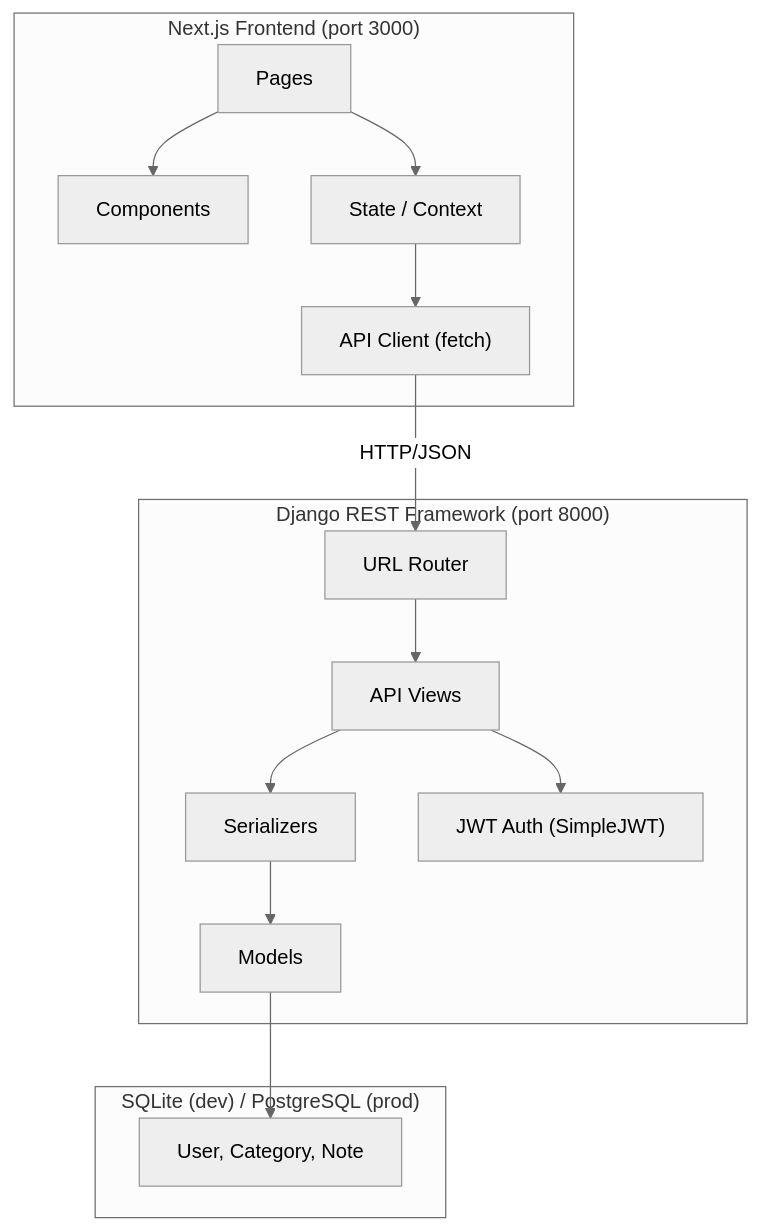
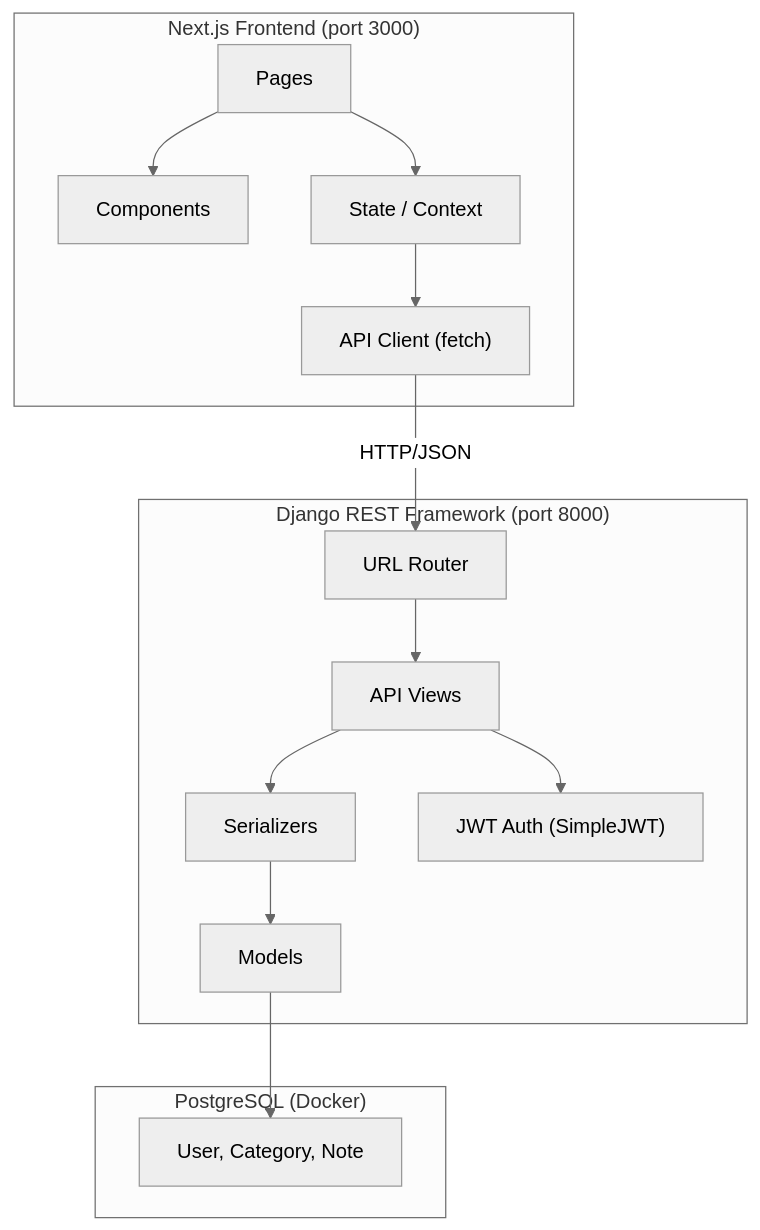
One commit to anthony12031/note-taking-app changed the first of 2 diagrams in docs/specs/note-taking-app.md. Above: the diagram before and after it, drawn with Mermaid (neutral theme). The commit also changed other lines of this file, not shown here.

````diff
--- a/docs/specs/note-taking-app.md
+++ b/docs/specs/note-taking-app.md
@@ -77,31 +77,31 @@
 ```mermaid
 flowchart TB
     subgraph Frontend["Next.js Frontend (port 3000)"]
         Pages["Pages"]
         Components["Components"]
         Store["State / Context"]
         API_Client["API Client (fetch)"]
         Pages --> Components
         Pages --> Store
         Store --> API_Client
     end
 
     subgraph Backend["Django REST Framework (port 8000)"]
         URLs["URL Router"]
         Views["API Views"]
         Serializers["Serializers"]
         Models["Models"]
         Auth["JWT Auth (SimpleJWT)"]
         URLs --> Views
         Views --> Serializers
         Views --> Auth
         Serializers --> Models
     end
 
-    subgraph DB["SQLite (dev) / PostgreSQL (prod)"]
+    subgraph DB["PostgreSQL (Docker)"]
         Tables["User, Category, Note"]
     end
 
     API_Client -- "HTTP/JSON" --> URLs
     Models --> Tables
 ```
````
